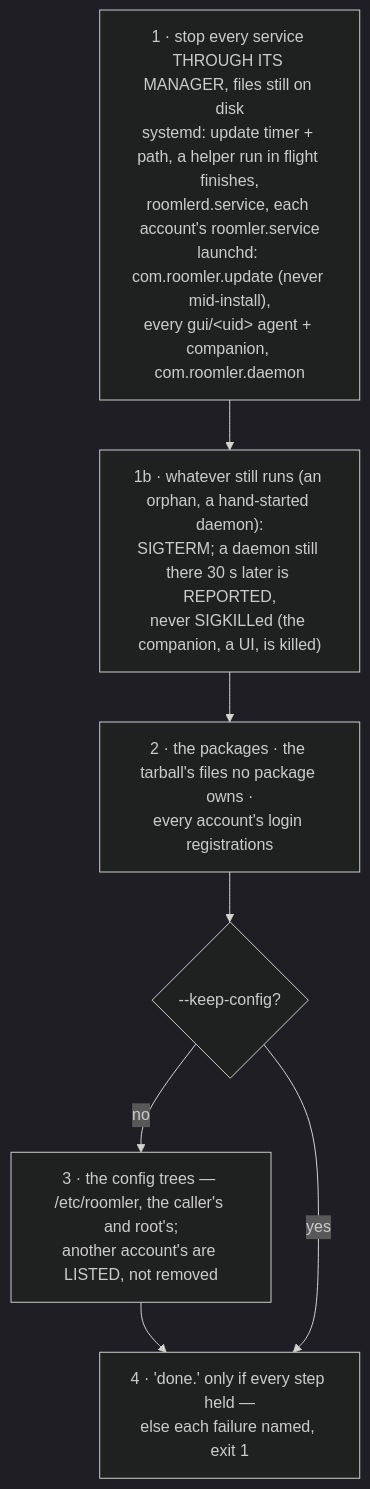
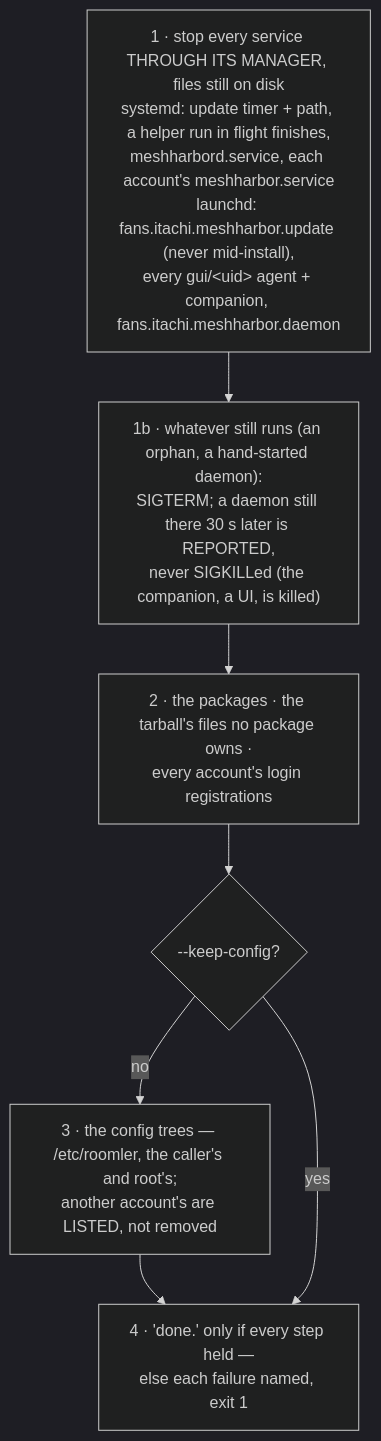
One commit to jk-zhang-meta/MeshHarbor changed the fifth of 5 diagrams in docs/installation.md. Above: the diagram before and after it, drawn with Mermaid (dark theme). The commit also changed other lines of this file and 160 other files, not shown here.

First line of the commit message:
rename(2/5): binaries, installers, service and launchd labels

````diff
--- a/docs/installation.md
+++ b/docs/installation.md
@@ -667,12 +667,12 @@
 ```mermaid
 flowchart TD
-    S["1 · stop every service THROUGH ITS MANAGER, files still on disk<br/>systemd: update timer + path, a helper run in flight finishes,<br/>roomlerd.service, each account's roomler.service<br/>launchd: com.roomler.update (never mid-install),<br/>every gui/&lt;uid&gt; agent + companion, com.roomler.daemon"]
+    S["1 · stop every service THROUGH ITS MANAGER, files still on disk<br/>systemd: update timer + path, a helper run in flight finishes,<br/>meshharbord.service, each account's meshharbor.service<br/>launchd: fans.itachi.meshharbor.update (never mid-install),<br/>every gui/&lt;uid&gt; agent + companion, fans.itachi.meshharbor.daemon"]
     L["1b · whatever still runs (an orphan, a hand-started daemon):<br/>SIGTERM; a daemon still there 30 s later is REPORTED,<br/>never SIGKILLed (the companion, a UI, is killed)"]
     P["2 · the packages · the tarball's files no package owns ·<br/>every account's login registrations"]
     K{"--keep-config?"}
     C["3 · the config trees — /etc/roomler, the caller's and root's;<br/>another account's are LISTED, not removed"]
     D["4 · 'done.' only if every step held —<br/>else each failure named, exit 1"]
     S --> L --> P --> K
     K -- no --> C --> D
     K -- yes --> D
 ```
````
